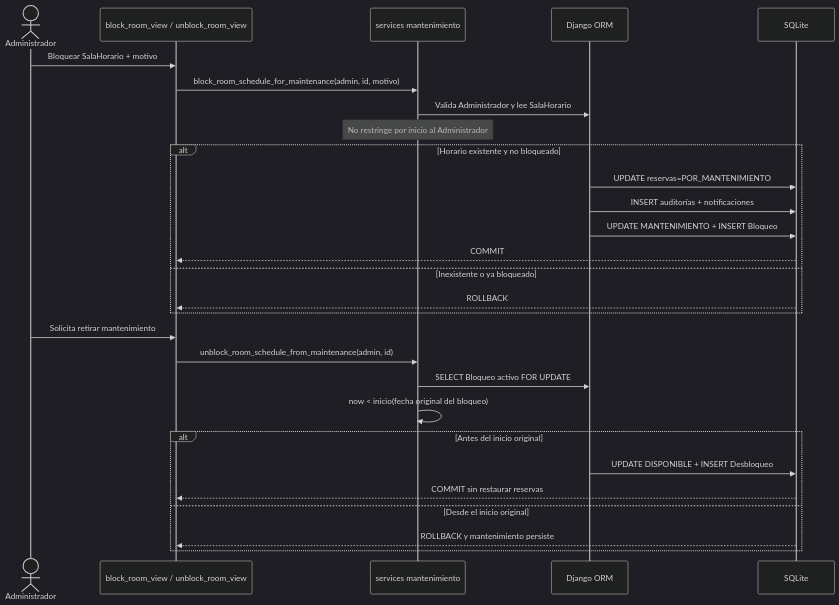
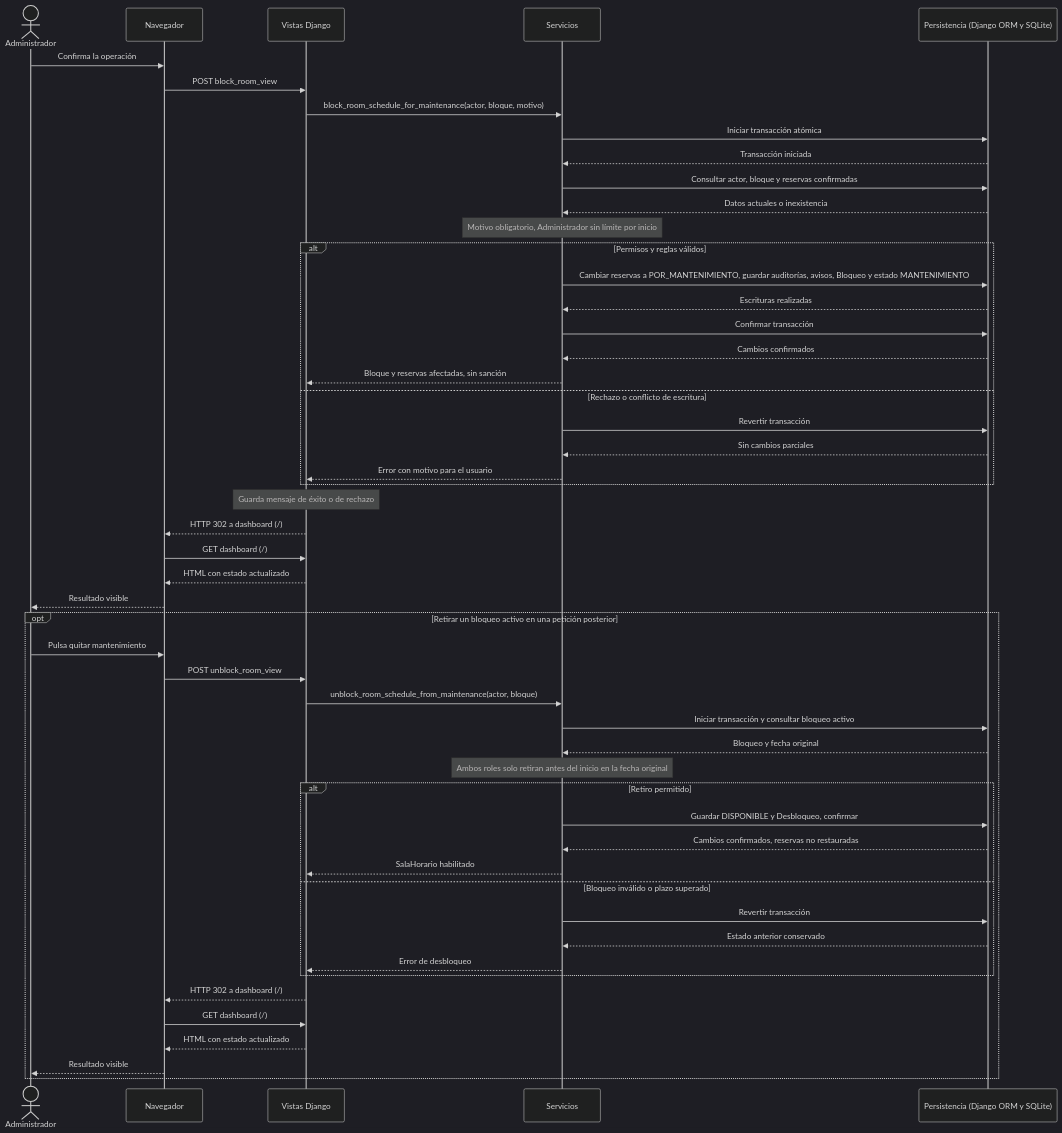
The tenth of 14 diagrams in docs/sesion-07-modelos.md (Sebas0032/SalaMandra), drawn with Mermaid (dark theme) before and after one commit. The commit also changed other lines of this file and 11 other files, not shown here.

Commit message:
Update architecture and test traceability documentation, reorganize use cases, fix diagrams, expand interaction flows, restore weekday-only reservations, consolidate redundant tests, and remove obsolete diagram images

````diff
--- a/docs/sesion-07-modelos.md
+++ b/docs/sesion-07-modelos.md
@@ -602,30 +687,53 @@
 ```mermaid
 sequenceDiagram
-    actor A as Administrador
-    participant V as block_room_view / unblock_room_view
-    participant S as services mantenimiento
-    participant ORM as Django ORM
-    participant DB as SQLite
-    A->>V: Bloquear SalaHorario + motivo
-    V->>S: block_room_schedule_for_maintenance(admin, id, motivo)
-    S->>ORM: Valida Administrador y lee SalaHorario
-    Note over S: No restringe por inicio al Administrador
-    alt Horario existente y no bloqueado
-        ORM->>DB: UPDATE reservas=POR_MANTENIMIENTO
-        ORM->>DB: INSERT auditorías + notificaciones
-        ORM->>DB: UPDATE MANTENIMIENTO + INSERT Bloqueo
-        DB-->>V: COMMIT
-    else Inexistente o ya bloqueado
-        DB-->>V: ROLLBACK
+    actor U as Administrador
+    participant B as Navegador
+    participant V as Vistas Django
+    participant S as Servicios
+    participant D as Persistencia (Django ORM y SQLite)
+    U->>B: Confirma la operación
+    B->>V: POST block_room_view
+    V->>S: block_room_schedule_for_maintenance(actor, bloque, motivo)
+    S->>D: Iniciar transacción atómica
+    D-->>S: Transacción iniciada
+    S->>D: Consultar actor, bloque y reservas confirmadas
+    D-->>S: Datos actuales o inexistencia
+    Note over S: Motivo obligatorio, Administrador sin límite por inicio
+    alt Permisos y reglas válidos
+        S->>D: Cambiar reservas a POR_MANTENIMIENTO, guardar auditorías, avisos, Bloqueo y estado MANTENIMIENTO
+        D-->>S: Escrituras realizadas
+        S->>D: Confirmar transacción
+        D-->>S: Cambios confirmados
+        S-->>V: Bloque y reservas afectadas, sin sanción
+    else Rechazo o conflicto de escritura
+        S->>D: Revertir transacción
+        D-->>S: Sin cambios parciales
+        S-->>V: Error con motivo para el usuario
     end
-    A->>V: Solicita retirar mantenimiento
-    V->>S: unblock_room_schedule_from_maintenance(admin, id)
-    S->>ORM: SELECT Bloqueo activo FOR UPDATE
-    S->>S: now < inicio(fecha original del bloqueo)
-    alt Antes del inicio original
-        ORM->>DB: UPDATE DISPONIBLE + INSERT Desbloqueo
-        DB-->>V: COMMIT sin restaurar reservas
-    else Desde el inicio original
-        DB-->>V: ROLLBACK y mantenimiento persiste
+    Note over V: Guarda mensaje de éxito o de rechazo
+    V-->>B: HTTP 302 a dashboard (/)
+    B->>V: GET dashboard (/)
+    V-->>B: HTML con estado actualizado
+    B-->>U: Resultado visible
+    opt Retirar un bloqueo activo en una petición posterior
+        U->>B: Pulsa quitar mantenimiento
+        B->>V: POST unblock_room_view
+        V->>S: unblock_room_schedule_from_maintenance(actor, bloque)
+        S->>D: Iniciar transacción y consultar bloqueo activo
+        D-->>S: Bloqueo y fecha original
+        Note over S: Ambos roles solo retiran antes del inicio en la fecha original
+        alt Retiro permitido
+            S->>D: Guardar DISPONIBLE y Desbloqueo, confirmar
+            D-->>S: Cambios confirmados, reservas no restauradas
+            S-->>V: SalaHorario habilitado
+        else Bloqueo inválido o plazo superado
+            S->>D: Revertir transacción
+            D-->>S: Estado anterior conservado
+            S-->>V: Error de desbloqueo
+        end
+        V-->>B: HTTP 302 a dashboard (/)
+        B->>V: GET dashboard (/)
+        V-->>B: HTML con estado actualizado
+        B-->>U: Resultado visible
     end
 ```
````
